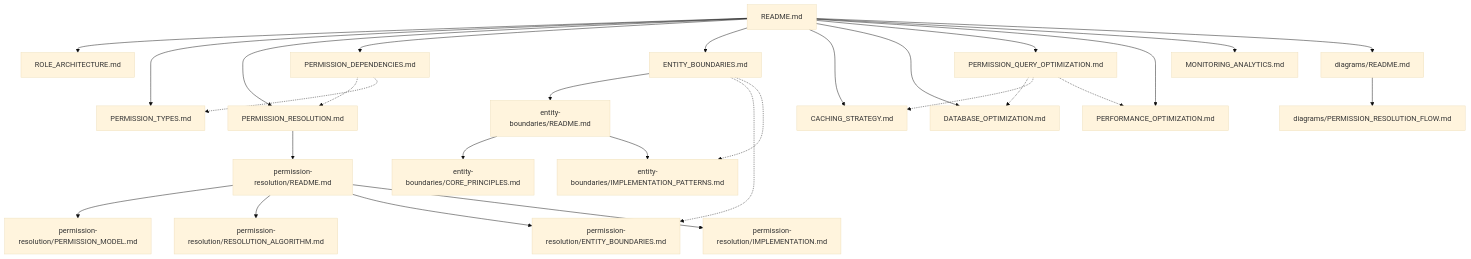
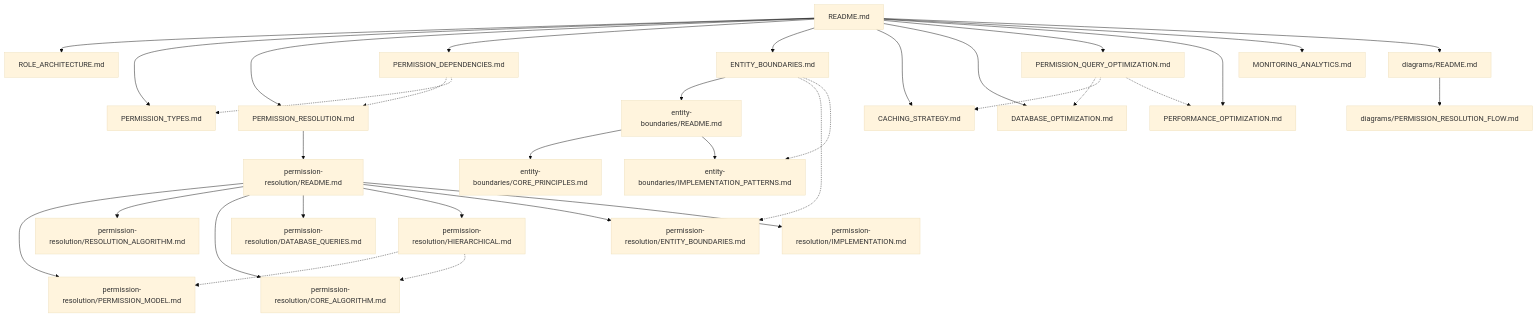
One commit to tesfayekb/core-base changed the first of 2 diagrams in src/docs/documentation-maps/RBAC_SYSTEM_MAP.md. Above: the diagram before and after it, drawn with Mermaid (base theme). The commit also changed other lines of this file and 8 other files, not shown here.

First line of the commit message:
Fix: Align RBAC implementation with direct model

````diff
--- a/src/docs/documentation-maps/RBAC_SYSTEM_MAP.md
+++ b/src/docs/documentation-maps/RBAC_SYSTEM_MAP.md
@@ -38,34 +41,40 @@
 ```mermaid
 graph TD
     README["README.md"] --> ROLE["ROLE_ARCHITECTURE.md"]
     README --> PERM["PERMISSION_TYPES.md"]
     README --> RES["PERMISSION_RESOLUTION.md"]
     README --> PERMDEP["PERMISSION_DEPENDENCIES.md"]
     README --> ENT["ENTITY_BOUNDARIES.md"]
     README --> CACHE["CACHING_STRATEGY.md"]
     README --> DB["DATABASE_OPTIMIZATION.md"]
     README --> QUERY["PERMISSION_QUERY_OPTIMIZATION.md"]
     README --> PERF["PERFORMANCE_OPTIMIZATION.md"]
     README --> MON["MONITORING_ANALYTICS.md"]
     README --> DIAG["diagrams/README.md"]
     
     ENT --> ENT_README["entity-boundaries/README.md"]
     ENT_README --> ENT_CORE["entity-boundaries/CORE_PRINCIPLES.md"]
     ENT_README --> ENT_IMP["entity-boundaries/IMPLEMENTATION_PATTERNS.md"]
     
     RES --> RES_README["permission-resolution/README.md"]
     RES_README --> RES_MODEL["permission-resolution/PERMISSION_MODEL.md"]
     RES_README --> RES_ALG["permission-resolution/RESOLUTION_ALGORITHM.md"]
+    RES_README --> RES_CORE["permission-resolution/CORE_ALGORITHM.md"]
+    RES_README --> RES_DB["permission-resolution/DATABASE_QUERIES.md"]
+    RES_README --> RES_DIRECT["permission-resolution/HIERARCHICAL.md"]
     RES_README --> RES_ENT["permission-resolution/ENTITY_BOUNDARIES.md"]
     RES_README --> RES_IMP["permission-resolution/IMPLEMENTATION.md"]
     
     ENT -.-> RES_ENT
     ENT -.-> ENT_IMP
     
     PERMDEP -.-> RES
     PERMDEP -.-> PERM
     DIAG --> FLOW["diagrams/PERMISSION_RESOLUTION_FLOW.md"]
     QUERY -.-> DB
     QUERY -.-> CACHE
     QUERY -.-> PERF
+    
+    RES_DIRECT -.-> RES_MODEL
+    RES_DIRECT -.-> RES_CORE
 ```
````
